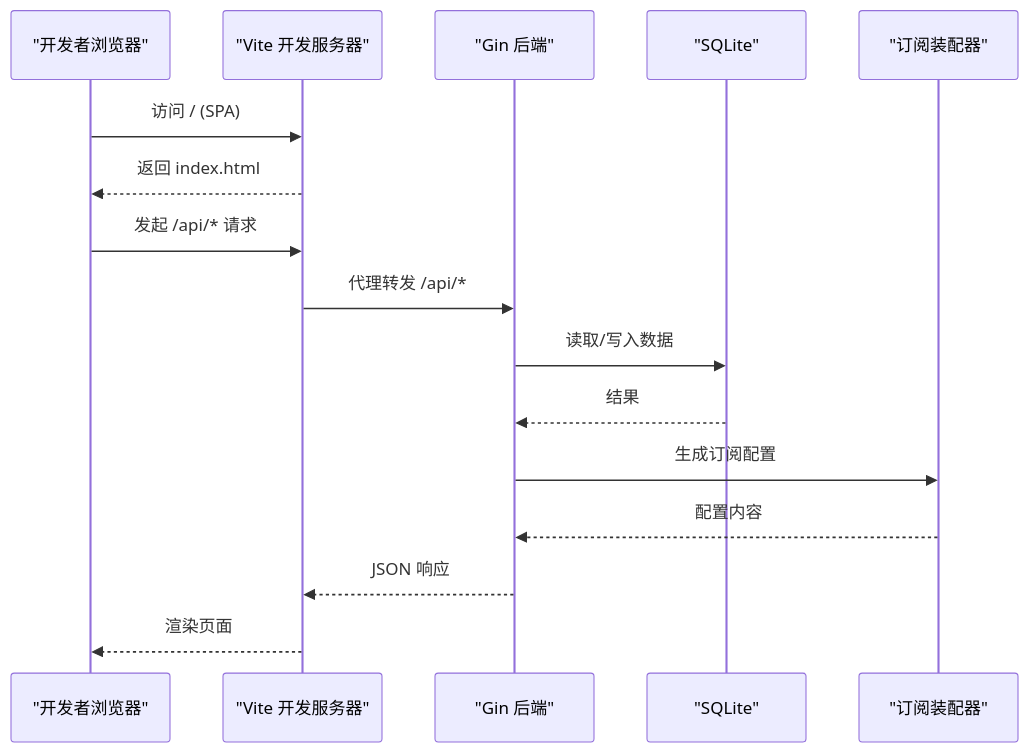
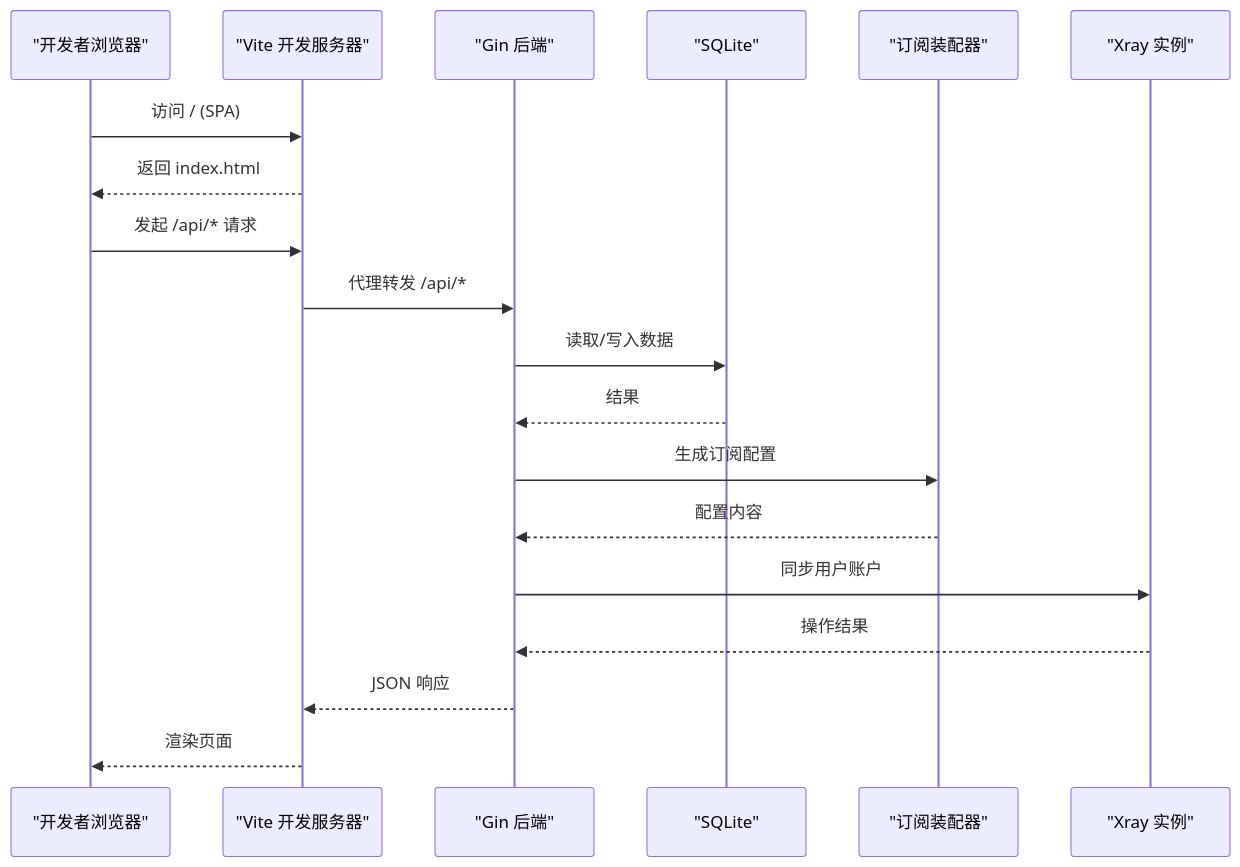
The second of 10 diagrams in .qoder/repowiki/zh/content/开发指南/开发指南.md (AlcaProphet/VPN-Subscription-Management), drawn with Mermaid before and after one commit. The commit also changed other lines of this file and 102 other files, not shown here.

````diff
--- a/.qoder/repowiki/zh/content/开发指南/开发指南.md
+++ b/.qoder/repowiki/zh/content/开发指南/开发指南.md
@@ -147,18 +150,21 @@
 ```mermaid
 sequenceDiagram
 participant Dev as "开发者浏览器"
 participant Vite as "Vite 开发服务器"
 participant BE as "Gin 后端"
 participant DB as "SQLite"
 participant SUB as "订阅装配器"
+participant XRAY as "Xray 实例"
 Dev->>Vite : 访问 / (SPA)
 Vite-->>Dev : 返回 index.html
 Dev->>Vite : 发起 /api/* 请求
 Vite->>BE : 代理转发 /api/*
 BE->>DB : 读取/写入数据
 DB-->>BE : 结果
 BE->>SUB : 生成订阅配置
 SUB-->>BE : 配置内容
+BE->>XRAY : 同步用户账户
+XRAY-->>BE : 操作结果
 BE-->>Vite : JSON 响应
 Vite-->>Dev : 渲染页面
 ```
````
